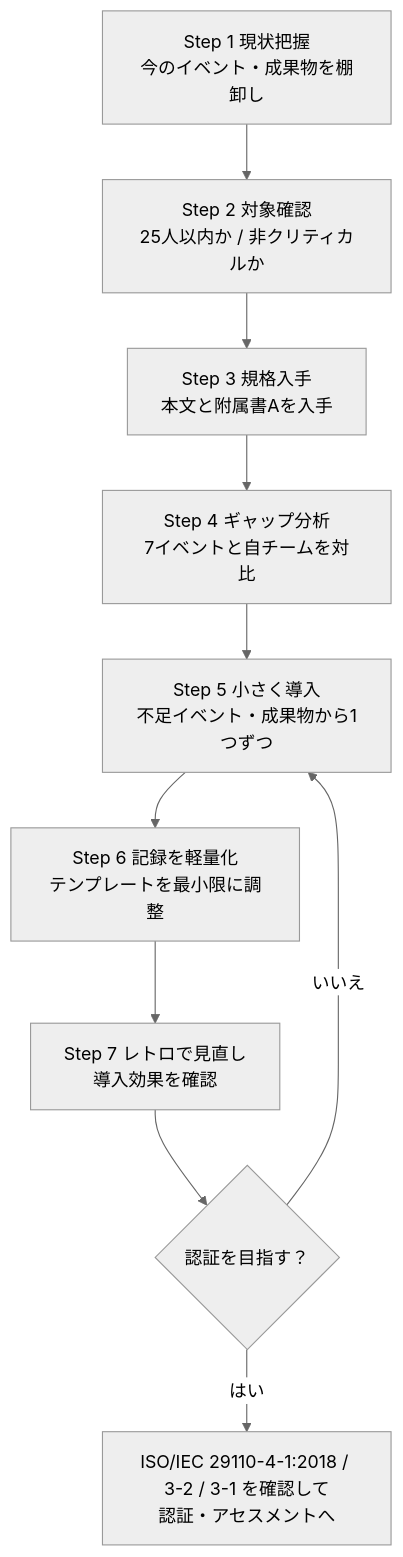
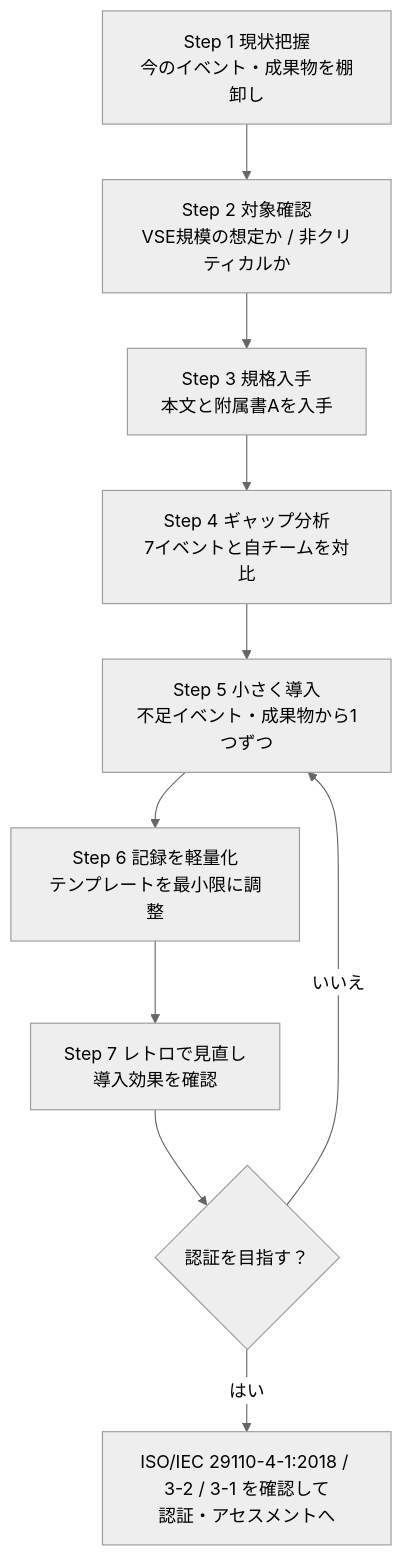
The tenth of 10 diagrams in Iso-iec-29110-5-4-2025-beginner-guide.md (myoshi2891/Quality-Assurance-Studies), drawn with Mermaid (neutral theme) before and after one commit. The commit also changed other lines of this file and 3 other files, not shown here.

````diff
--- a/Iso-iec-29110-5-4-2025-beginner-guide.md
+++ b/Iso-iec-29110-5-4-2025-beginner-guide.md
@@ -405,12 +405,12 @@
 ```mermaid
 flowchart TD
-  S1["Step 1 現状把握<br/>今のイベント・成果物を棚卸し"] --> S2["Step 2 対象確認<br/>25人以内か / 非クリティカルか"]
+  S1["Step 1 現状把握<br/>今のイベント・成果物を棚卸し"] --> S2["Step 2 対象確認<br/>VSE規模の想定か / 非クリティカルか"]
   S2 --> S3["Step 3 規格入手<br/>本文と附属書Aを入手"]
   S3 --> S4["Step 4 ギャップ分析<br/>7イベントと自チームを対比"]
   S4 --> S5["Step 5 小さく導入<br/>不足イベント・成果物から1つずつ"]
   S5 --> S6["Step 6 記録を軽量化<br/>テンプレートを最小限に調整"]
   S6 --> S7["Step 7 レトロで見直し<br/>導入効果を確認"]
   S7 --> S8{"認証を目指す？"}
   S8 -->|"はい"| S9["ISO/IEC 29110-4-1:2018 / 3-2 / 3-1 を確認して<br/>認証・アセスメントへ"]
   S8 -->|"いいえ"| S5
 ```
````
